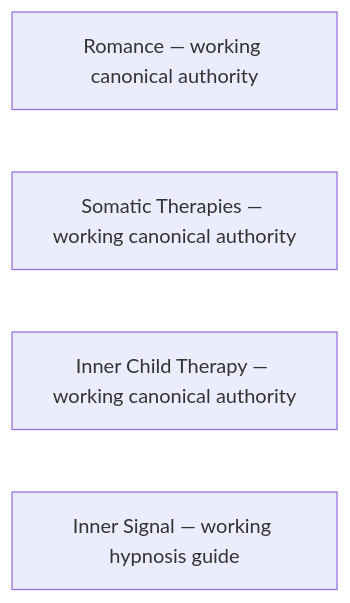
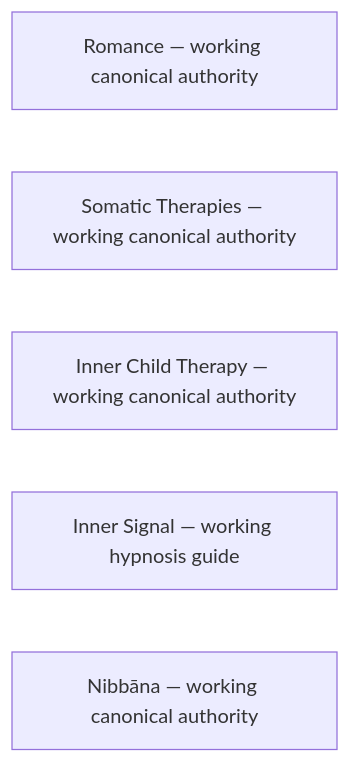
The diagram in ARTICLE-META-MAP.md (u-dont-existDOTcom/joel-articles), drawn with Mermaid before and after one commit. The commit also changed other lines of this file, not shown here.

Commit message:
registration: add Nibbana to article meta-map

````diff
--- a/ARTICLE-META-MAP.md
+++ b/ARTICLE-META-MAP.md
@@ -10,7 +11,8 @@
 ```mermaid
 flowchart LR
     romance["Romance — working canonical authority"]
     somatic["Somatic Therapies — working canonical authority"]
     innerchild["Inner Child Therapy — working canonical authority"]
     hypnosis["Inner Signal — working hypnosis guide"]
+    nibbana["Nibbāna — working canonical authority"]
 ```
````
